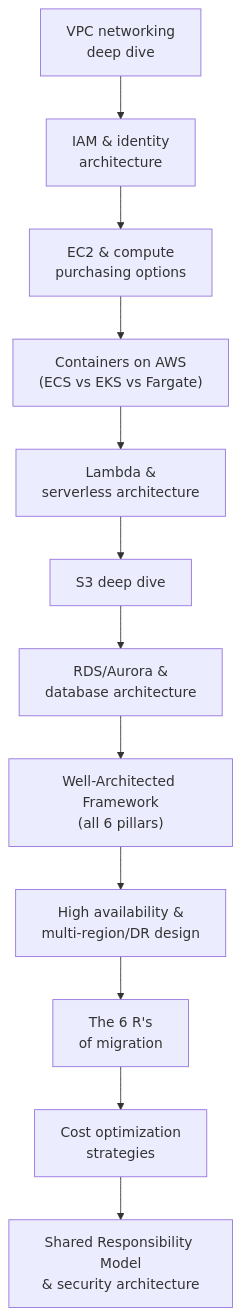
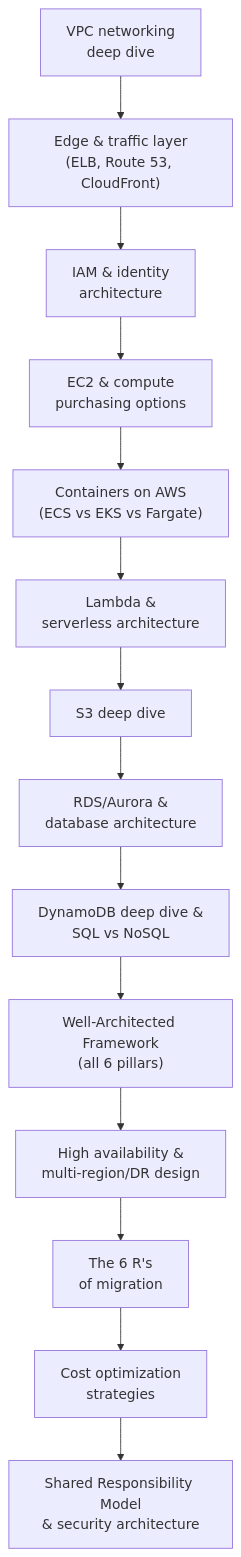
Before and after one commit to audomsak/aws-sa-interview-prep: the diagram in docs/day6/index.md, drawn with Mermaid. The commit also changed other lines of this file and 34 other files, not shown here.

````diff
--- a/docs/day6/index.md
+++ b/docs/day6/index.md
@@ -13,14 +13,16 @@
 ```mermaid
 graph TD
-    VPC["VPC networking<br/>deep dive"] --> IAM["IAM & identity<br/>architecture"]
+    VPC["VPC networking<br/>deep dive"] --> EDGE["Edge & traffic layer<br/>(ELB, Route 53, CloudFront)"]
+    EDGE --> IAM["IAM & identity<br/>architecture"]
     IAM --> EC2["EC2 & compute<br/>purchasing options"]
     EC2 --> CONT["Containers on AWS<br/>(ECS vs EKS vs Fargate)"]
     CONT --> LAMBDA["Lambda &<br/>serverless architecture"]
     LAMBDA --> S3["S3 deep dive"]
     S3 --> RDS["RDS/Aurora &<br/>database architecture"]
-    RDS --> WAF["Well-Architected Framework<br/>(all 6 pillars)"]
+    RDS --> DDB["DynamoDB deep dive &<br/>SQL vs NoSQL"]
+    DDB --> WAF["Well-Architected Framework<br/>(all 6 pillars)"]
     WAF --> HA["High availability &<br/>multi-region/DR design"]
     HA --> MIG["The 6 R's<br/>of migration"]
     MIG --> COST["Cost optimization<br/>strategies"]
     COST --> SRM["Shared Responsibility Model<br/>& security architecture"]
 ```
````
